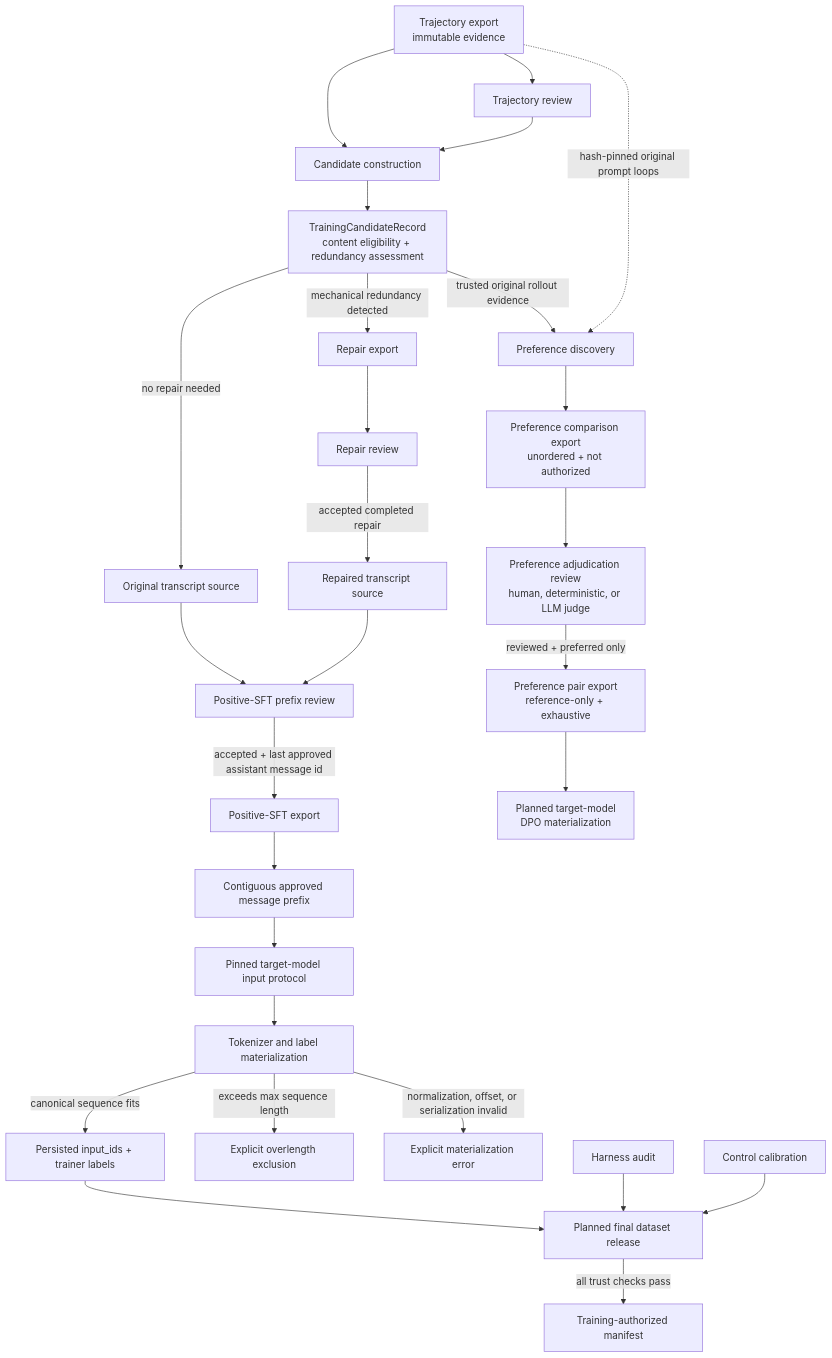
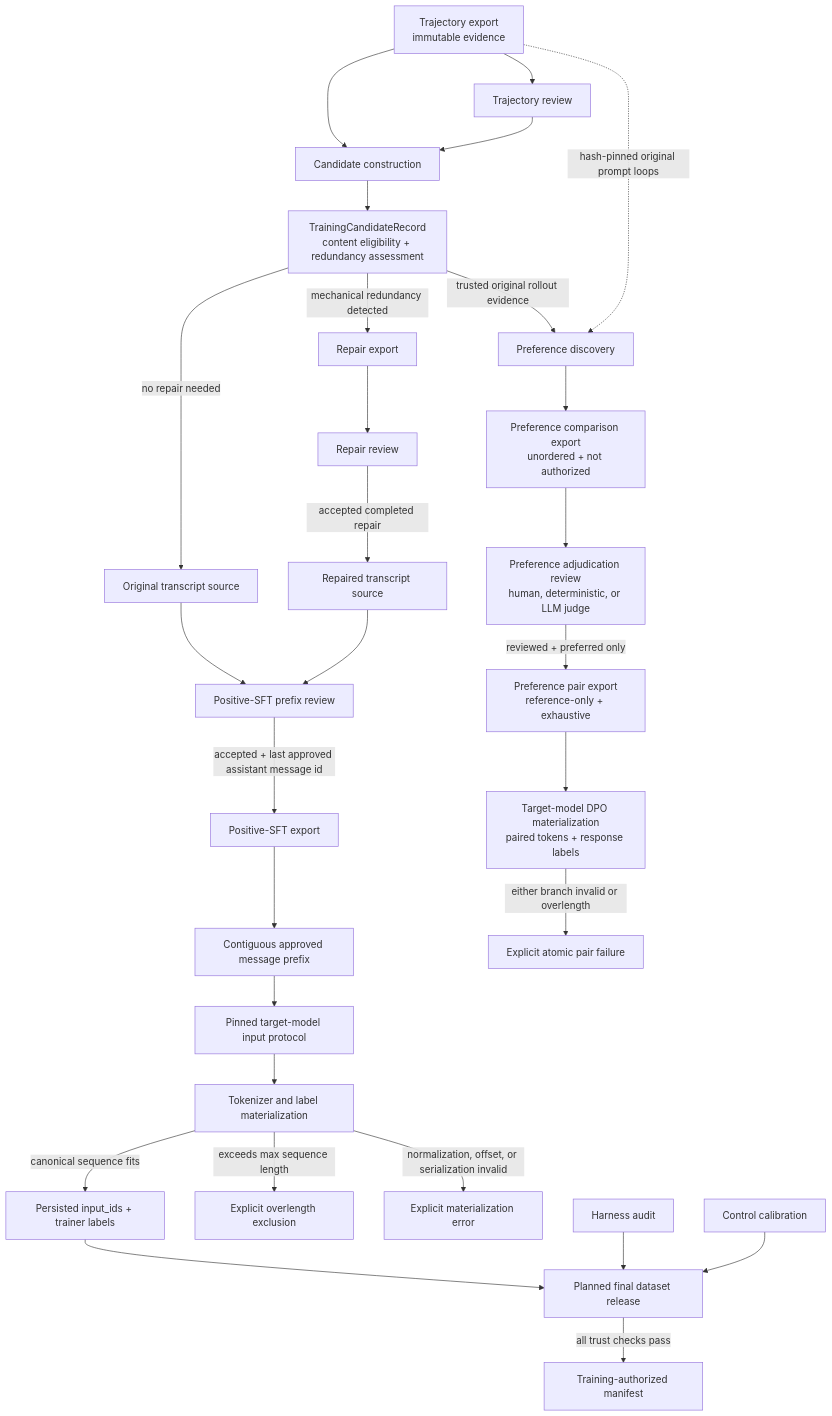
The diagram in src/agentenv/training/README.md (kshitijg92/agentenv-posttraining-lab), drawn with Mermaid before and after one commit. The commit also changed other lines of this file and 24 other files, not shown here.

Commit message:
add dpo training token materialization

````diff
--- a/src/agentenv/training/README.md
+++ b/src/agentenv/training/README.md
@@ -38,34 +38,35 @@
 ```mermaid
 flowchart TD
     T[Trajectory export<br/>immutable evidence] --> TR[Trajectory review]
     T --> C
     TR --> C[Candidate construction]
 
     C --> TC[TrainingCandidateRecord<br/>content eligibility + redundancy assessment]
     TC -->|no repair needed| O[Original transcript source]
     TC -->|mechanical redundancy detected| RE[Repair export]
     RE --> RR[Repair review]
     RR -->|accepted completed repair| RP[Repaired transcript source]
 
     O --> SR[Positive-SFT prefix review]
     RP --> SR
     SR -->|accepted + last approved assistant message id| SE[Positive-SFT export]
     SE --> P[Contiguous approved message prefix]
     P --> IP[Pinned target-model input protocol]
     IP --> TM[Tokenizer and label materialization]
     TM -->|canonical sequence fits| TS[Persisted input_ids + trainer labels]
     TM -->|exceeds max sequence length| OE[Explicit overlength exclusion]
     TM -->|normalization, offset, or serialization invalid| ME[Explicit materialization error]
 
     TC -->|trusted original rollout evidence| PD[Preference discovery]
     T -. hash-pinned original prompt loops .-> PD
     PD --> PC[Preference comparison export<br/>unordered + not authorized]
     PC --> PA[Preference adjudication review<br/>human, deterministic, or LLM judge]
     PA -->|reviewed + preferred only| PE[Preference pair export<br/>reference-only + exhaustive]
-    PE --> DM[Planned target-model<br/>DPO materialization]
+    PE --> DM[Target-model DPO materialization<br/>paired tokens + response labels]
+    DM -->|either branch invalid or overlength| DE[Explicit atomic pair failure]
 
     TS --> DR[Planned final dataset release]
     HA[Harness audit] --> DR
     CC[Control calibration] --> DR
     DR -->|all trust checks pass| AU[Training-authorized manifest]
 ```
````
